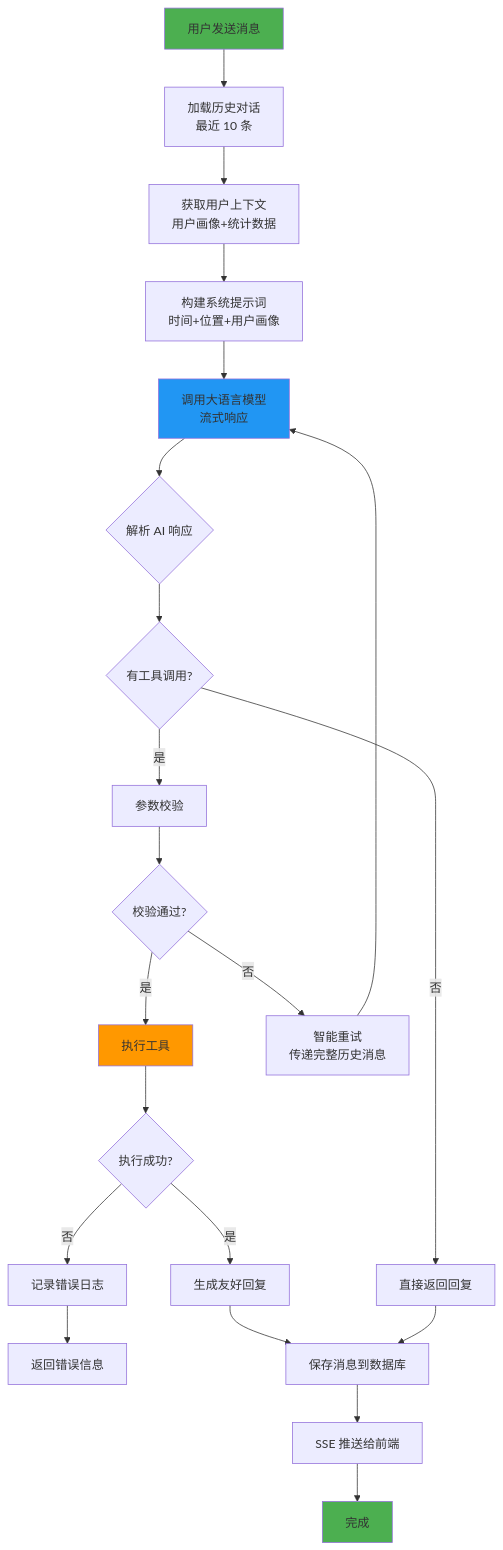
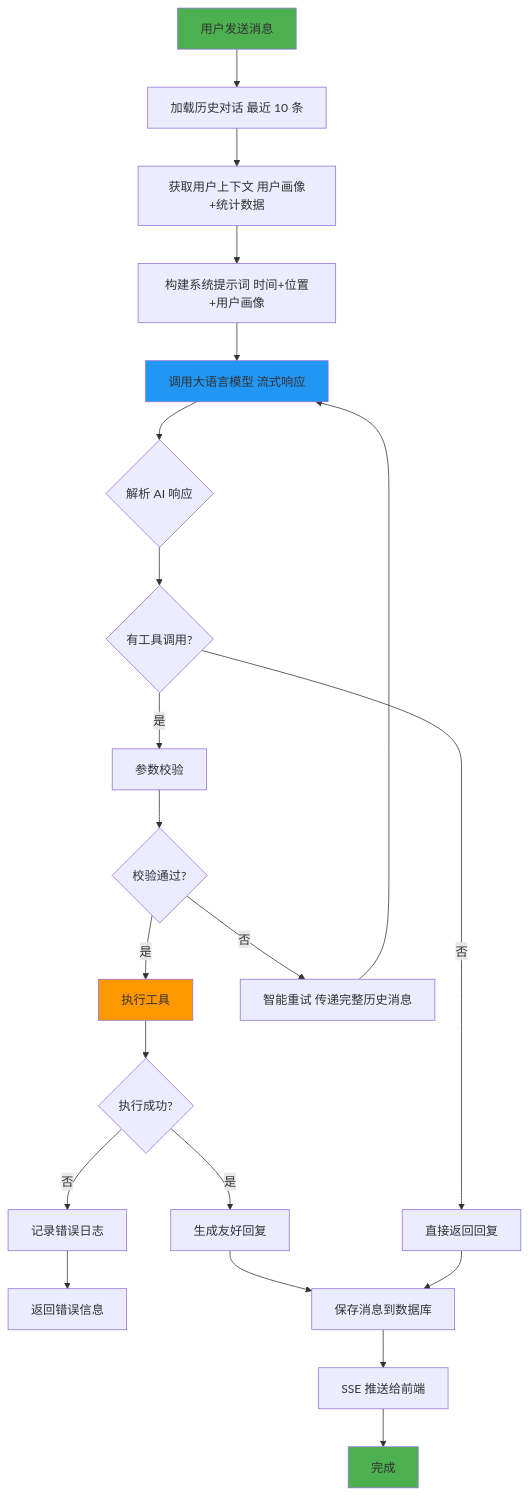
One commit to Pekaoseya/intelligent-itinerary-planner changed the third of 14 diagrams in ARCHITECTURE.md. Above: the diagram before and after it, drawn with Mermaid. The commit also changed other lines of this file and 2 other files, not shown here.

First line of the commit message:
fix: 修复 Mermaid 图表格式问题 - 移除 HTML 标签和修复双引号嵌套

````diff
--- a/ARCHITECTURE.md
+++ b/ARCHITECTURE.md
@@ -424,34 +424,34 @@
 ```mermaid
 flowchart TD
-    Start[用户发送消息] --> LoadHistory[加载历史对话<br/>最近 10 条]
-    LoadHistory --> LoadContext[获取用户上下文<br/>用户画像+统计数据]
-    LoadContext --> BuildPrompt[构建系统提示词<br/>时间+位置+用户画像]
-    BuildPrompt --> CallLLM[调用大语言模型<br/>流式响应]
+    Start[用户发送消息] --> LoadHistory[加载历史对话 最近 10 条]
+    LoadHistory --> LoadContext[获取用户上下文 用户画像+统计数据]
+    LoadContext --> BuildPrompt[构建系统提示词 时间+位置+用户画像]
+    BuildPrompt --> CallLLM[调用大语言模型 流式响应]
 
     CallLLM --> ParseResponse{解析 AI 响应}
     ParseResponse --> HasToolCalls{有工具调用?}
 
     HasToolCalls -->|是| ValidateParams[参数校验]
     HasToolCalls -->|否| DirectReply[直接返回回复]
 
     ValidateParams --> ValidationOK{校验通过?}
     ValidationOK -->|是| ExecuteTool[执行工具]
-    ValidationOK -->|否| SmartRetry[智能重试<br/>传递完整历史消息]
+    ValidationOK -->|否| SmartRetry[智能重试 传递完整历史消息]
 
     ExecuteTool --> ToolSuccess{执行成功?}
     ToolSuccess -->|是| GenerateReply[生成友好回复]
     ToolSuccess -->|否| RecordError[记录错误日志]
 
     SmartRetry --> CallLLM
     RecordError --> ReturnError[返回错误信息]
 
     GenerateReply --> SaveMessage[保存消息到数据库]
     DirectReply --> SaveMessage
     SaveMessage --> SSEPush[SSE 推送给前端]
     SSEPush --> End[完成]
 
     style Start fill:#4CAF50
     style End fill:#4CAF50
     style CallLLM fill:#2196F3
     style ExecuteTool fill:#FF9800
 ```
````
